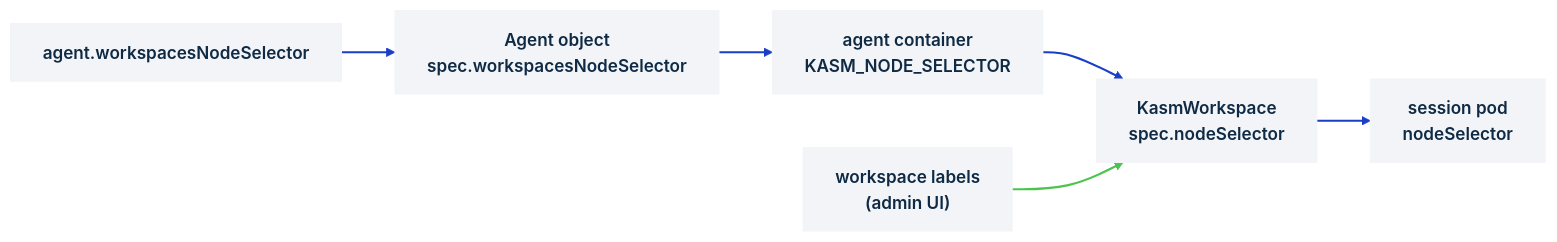
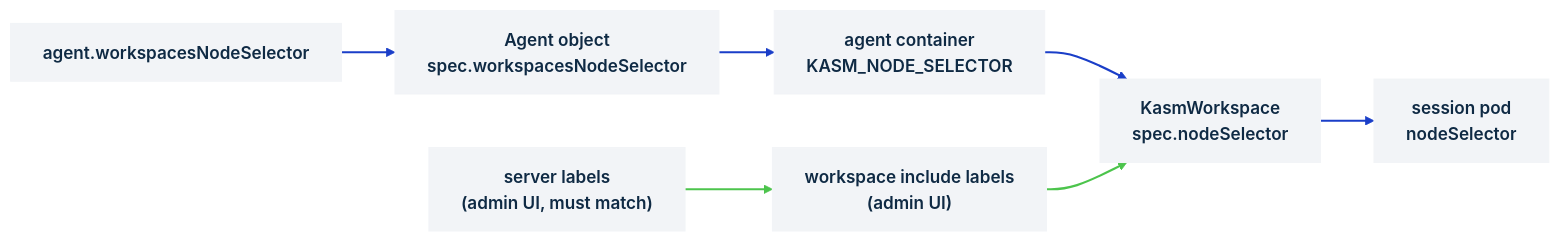
The diagram in docs/how-to/nodes/scope-workspaces-to-nodes.md (kasmtech/kasm-helm), drawn with Mermaid before and after one commit. The commit also changed other lines of this file and 7 other files, not shown here.

````diff
--- a/docs/how-to/nodes/scope-workspaces-to-nodes.md
+++ b/docs/how-to/nodes/scope-workspaces-to-nodes.md
@@ -22,15 +26,17 @@
 ```mermaid
 %%{init: {"theme":"base","themeVariables":{"background":"#ffffff","primaryColor":"#f2f4f7","primaryBorderColor":"#f2f4f7","primaryTextColor":"#0f2a44","lineColor":"#0f2a44","clusterBkg":"#ffffff","clusterBorder":"#0f2a44","edgeLabelBackground":"#ffffff","fontFamily":"system-ui, sans-serif"}}}%%
 flowchart LR
   v["agent.workspacesNodeSelector"]:::card
   cr["Agent object<br/>spec.workspacesNodeSelector"]:::card
   env["agent container<br/>KASM_NODE_SELECTOR"]:::card
   ws["KasmWorkspace<br/>spec.nodeSelector"]:::card
   pod["session pod<br/>nodeSelector"]:::card
-  ui["workspace labels<br/>(admin UI)"]:::card
+  ui["workspace include labels<br/>(admin UI)"]:::card
+  srv["server labels<br/>(admin UI, must match)"]:::card
   v --> cr --> env --> ws --> pod
   ui --> ws
+  srv --> ui
   classDef card fill:#f2f4f7,stroke:#f2f4f7,color:#0f2a44,font-weight:600
   linkStyle 0,1,2,3 stroke:#1a3ec8,stroke-width:2px
-  linkStyle 4 stroke:#4cc44c,stroke-width:2px
+  linkStyle 4,5 stroke:#4cc44c,stroke-width:2px
 ```
````
